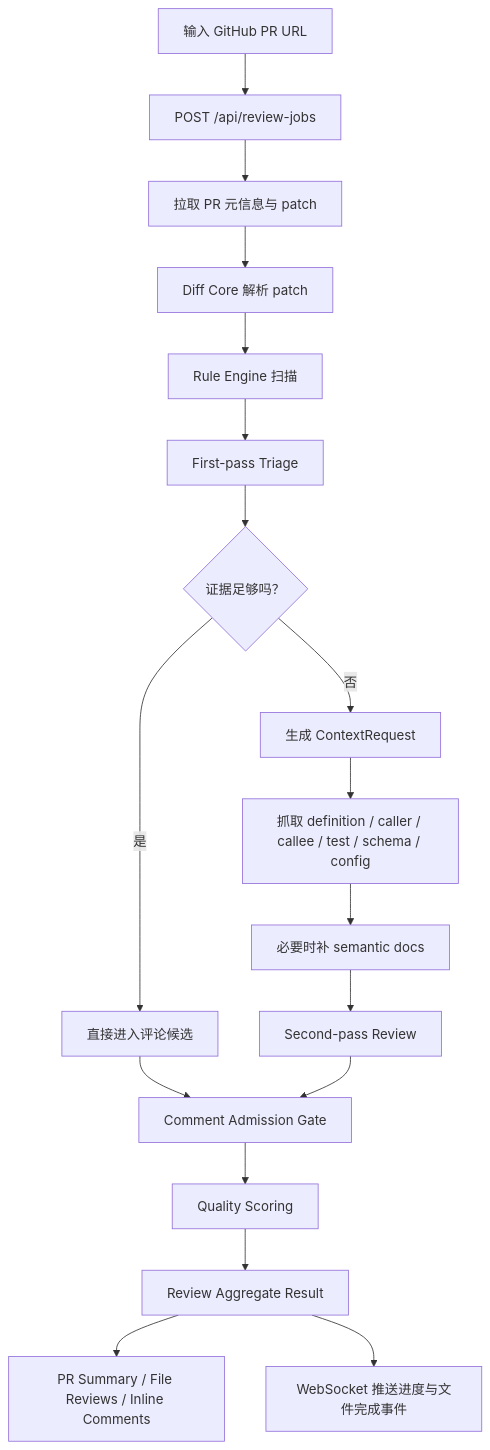
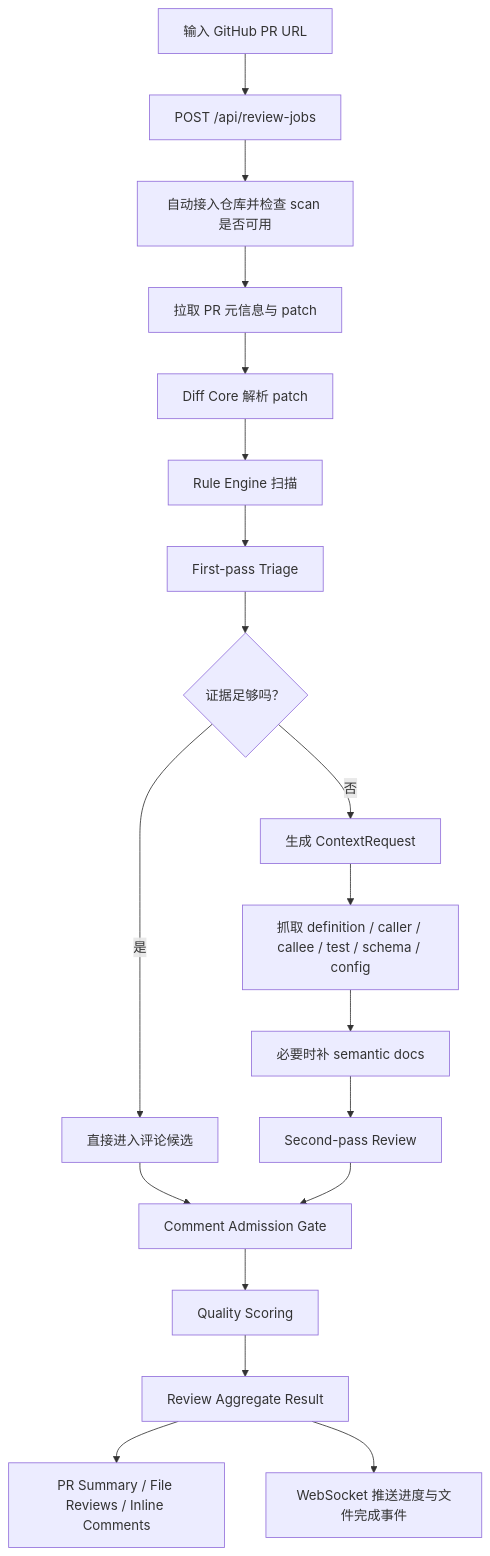
Before and after one commit to zhaoyongze123/ai-pr-review-assistant: the third of 4 diagrams in README.md, drawn with Mermaid. The commit also changed other lines of this file and 9 other files, not shown here.

````diff
--- a/README.md
+++ b/README.md
@@ -156,20 +159,21 @@
 ```mermaid
 flowchart TD
     A["输入 GitHub PR URL"] --> B["POST /api/review-jobs"]
-    B --> C["拉取 PR 元信息与 patch"]
-    C --> D["Diff Core 解析 patch"]
-    D --> E["Rule Engine 扫描"]
-    E --> F["First-pass Triage"]
-    F --> G{"证据足够吗？"}
-    G -- 是 --> H["直接进入评论候选"]
-    G -- 否 --> I["生成 ContextRequest"]
-    I --> J["抓取 definition / caller / callee / test / schema / config"]
-    J --> K["必要时补 semantic docs"]
-    K --> L["Second-pass Review"]
-    H --> M["Comment Admission Gate"]
-    L --> M
-    M --> N["Quality Scoring"]
-    N --> O["Review Aggregate Result"]
-    O --> P["PR Summary / File Reviews / Inline Comments"]
-    O --> Q["WebSocket 推送进度与文件完成事件"]
+    B --> C["自动接入仓库并检查 scan 是否可用"]
+    C --> D["拉取 PR 元信息与 patch"]
+    D --> E["Diff Core 解析 patch"]
+    E --> F["Rule Engine 扫描"]
+    F --> G["First-pass Triage"]
+    G --> H{"证据足够吗？"}
+    H -- 是 --> I["直接进入评论候选"]
+    H -- 否 --> J["生成 ContextRequest"]
+    J --> K["抓取 definition / caller / callee / test / schema / config"]
+    K --> L["必要时补 semantic docs"]
+    L --> M["Second-pass Review"]
+    I --> N["Comment Admission Gate"]
+    M --> N
+    N --> O["Quality Scoring"]
+    O --> P["Review Aggregate Result"]
+    P --> Q["PR Summary / File Reviews / Inline Comments"]
+    P --> R["WebSocket 推送进度与文件完成事件"]
 ```
````
